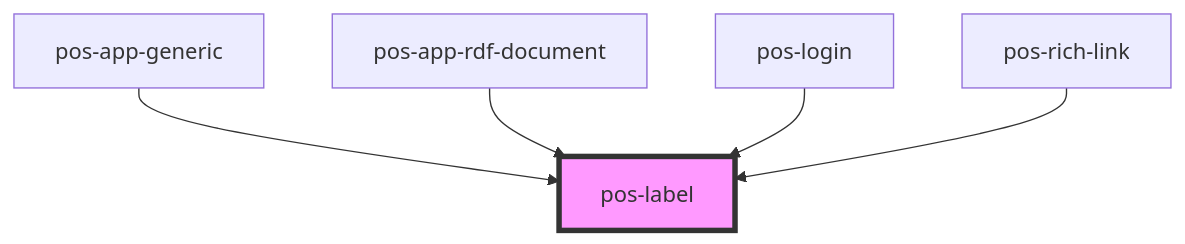
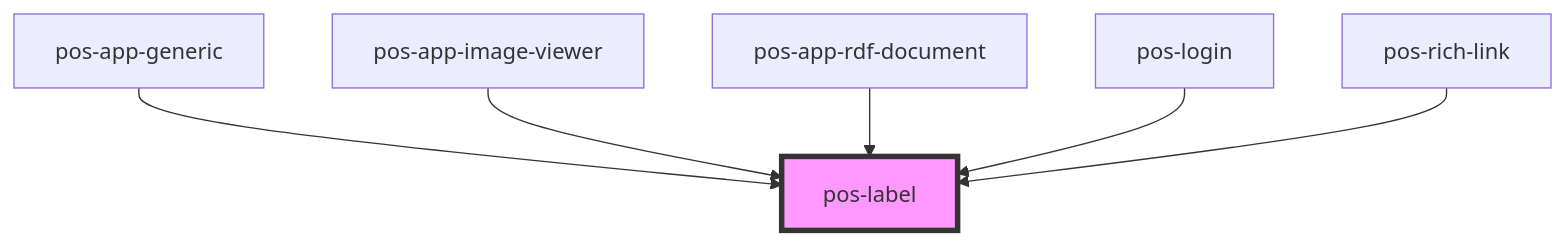
The diagram in docs/elements/components/pos-label/readme.md (pod-os/PodOS), drawn with Mermaid before and after one commit. The commit also changed other lines of this file and 7 other files, not shown here.

````diff
--- a/docs/elements/components/pos-label/readme.md
+++ b/docs/elements/components/pos-label/readme.md
@@ -25,8 +26,9 @@
 ```mermaid
 graph TD;
   pos-app-generic --> pos-label
+  pos-app-image-viewer --> pos-label
   pos-app-rdf-document --> pos-label
   pos-login --> pos-label
   pos-rich-link --> pos-label
   style pos-label fill:#f9f,stroke:#333,stroke-width:4px
 ```
````
